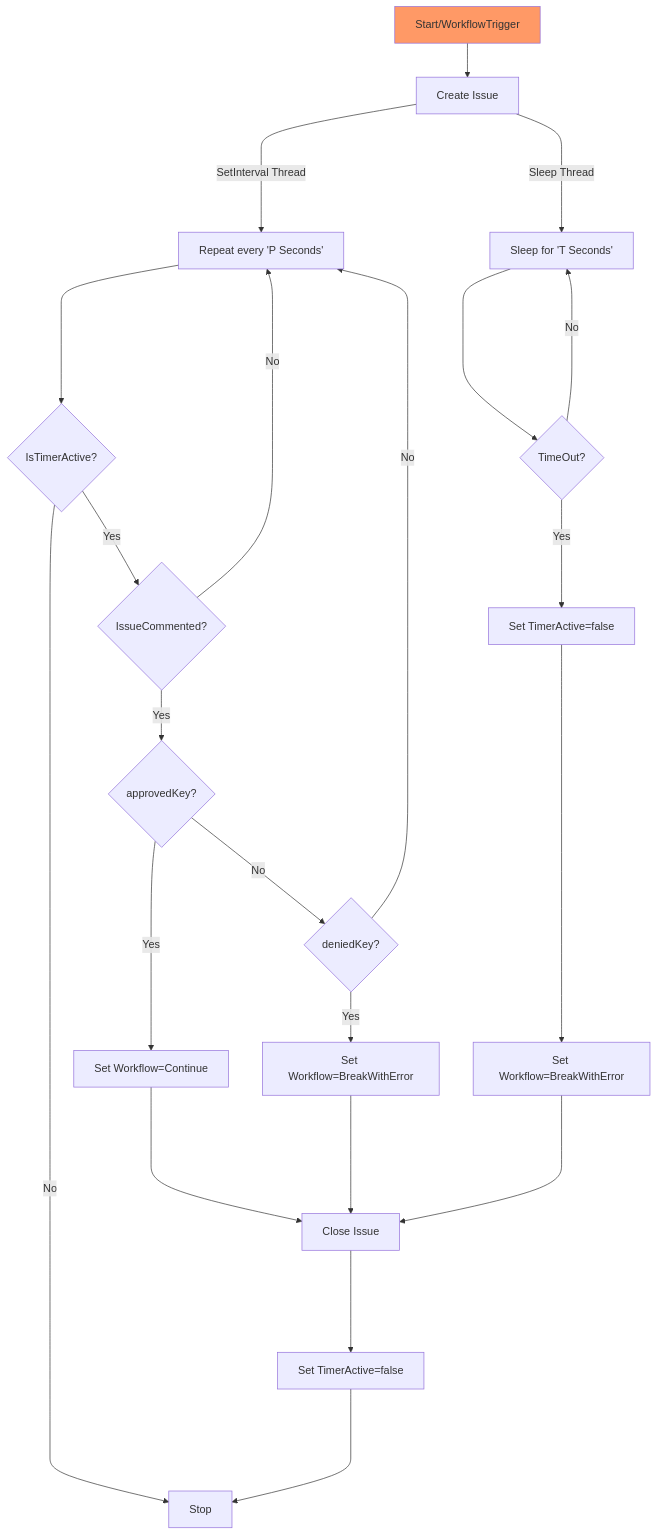
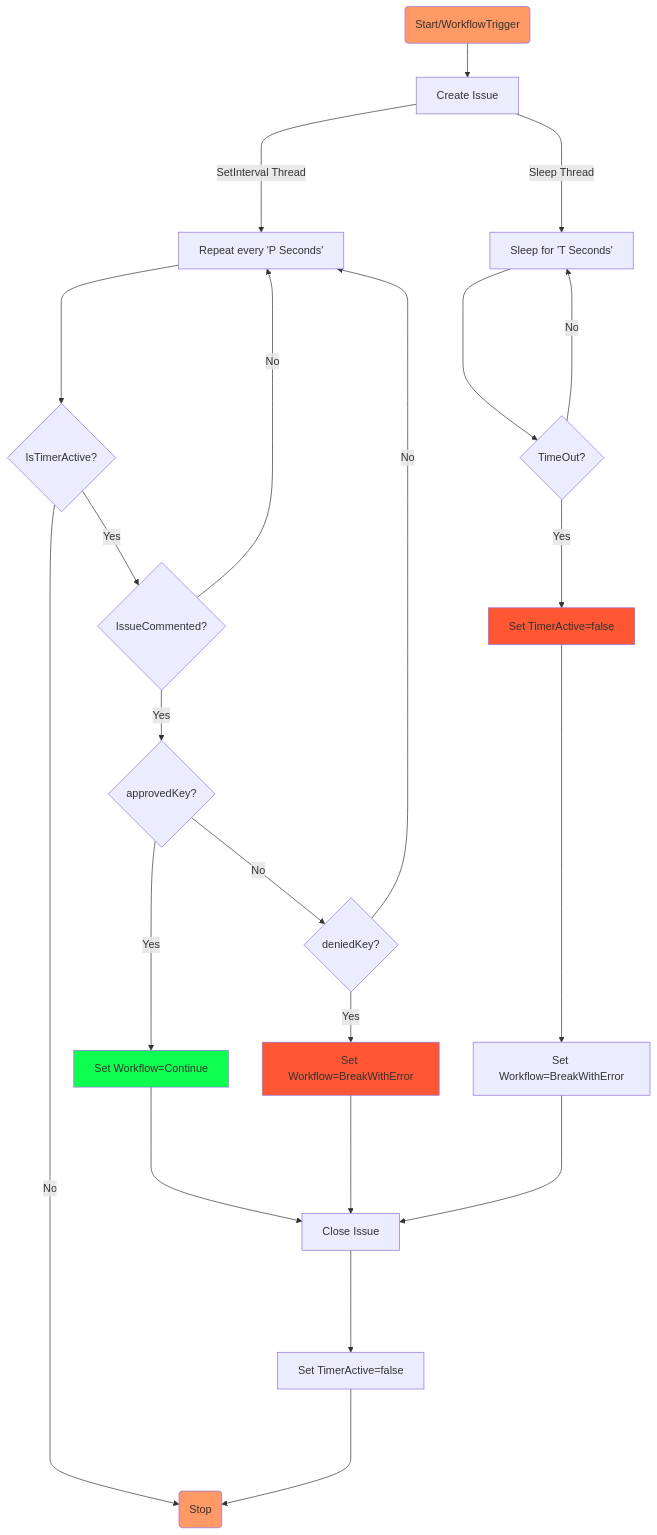
Before and after one commit to yog-labs/custom-starter-template: the diagram in README.md, drawn with Mermaid.

````diff
--- a/README.md
+++ b/README.md
@@ -45,26 +45,30 @@
 ```mermaid
 flowchart TD
-   A[Start/WorkflowTrigger] --> B[Create Issue];
+   A(Start/WorkflowTrigger) --> B[Create Issue];
     B ----> |SetInterval Thread| C1[Repeat every 'P Seconds'];
     B ----> |Sleep Thread| C2[Sleep for 'T Seconds'];
     C1 ----> C1A{IsTimerActive?};
     C1A -- No --> Stop[Stop]
     C1A -- Yes --> C1B{IssueCommented?}
     C1B -- No --> C1
     C1B -- Yes --> C1C{approvedKey?}
     C1C -- Yes --> C1D[Set Workflow=Continue]
     C1D ---->  I[Close Issue]
     C1C -- No --> C1E{deniedKey?}
     C1E -- Yes --> C1F[Set Workflow=BreakWithError]
     C1E -- No --> C1
     C1F ----> I[Close Issue]
     I ----> J[Set TimerActive=false]
-    J ----> Stop[Stop]
+    J ----> Stop(Stop)
     C2 ----> C2A{TimeOut?}
     C2A -- Yes --> C2B[Set TimerActive=false]
     C2B ----> C2C[Set Workflow=BreakWithError]
     C2A -- No --> C2
     C2C ----> I
     style A fill:#f96;
-    style Stop fill:#96;
+    style Stop fill:#f96;
+    style C1D fill:#0FFF50
+    style C1F fill:#FF5733
+    style C2B fill:#FF5733
+
 ```
````
